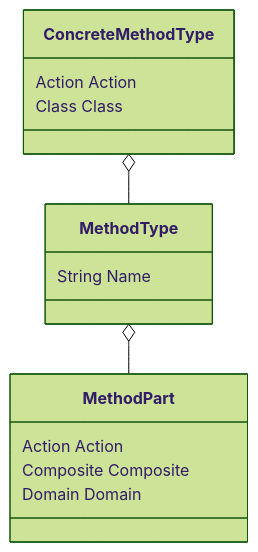
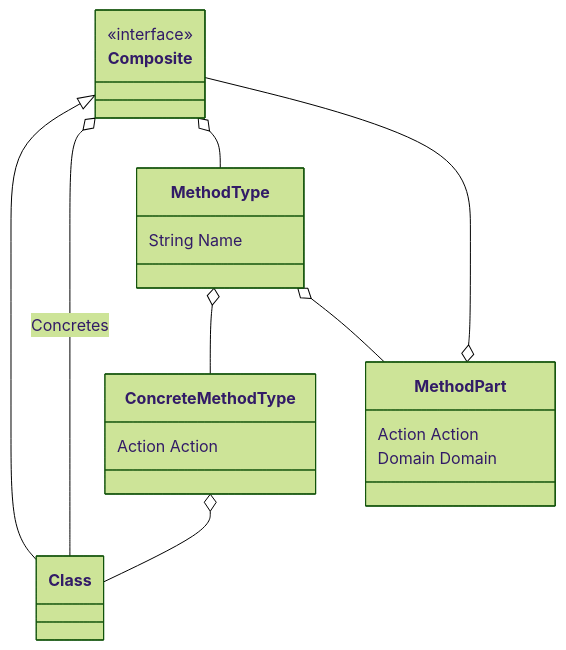
Before and after one commit to allors/core: the diagram in docs/meta-method.class.mermaid, drawn with Mermaid (forest theme). The commit also changed 12 other files, not shown here.

```diff
--- a/docs/meta-method.class.mermaid
+++ b/docs/meta-method.class.mermaid
@@ -1,12 +1,18 @@
 classDiagram
+    class Class
+    Composite <|-- Class
+    class Composite
+    <<interface>> Composite
+    Composite o-- Class : Concretes
+    Composite o-- MethodType
     class ConcreteMethodType
     ConcreteMethodType : Action Action
-    ConcreteMethodType : Class Class
-    ConcreteMethodType o-- MethodType
+    ConcreteMethodType o-- Class
     class MethodPart
     MethodPart : Action Action
-    MethodPart : Composite Composite
+    MethodPart o-- Composite
     MethodPart : Domain Domain
     class MethodType
+    MethodType o-- ConcreteMethodType
     MethodType o-- MethodPart
     MethodType : String Name
```
